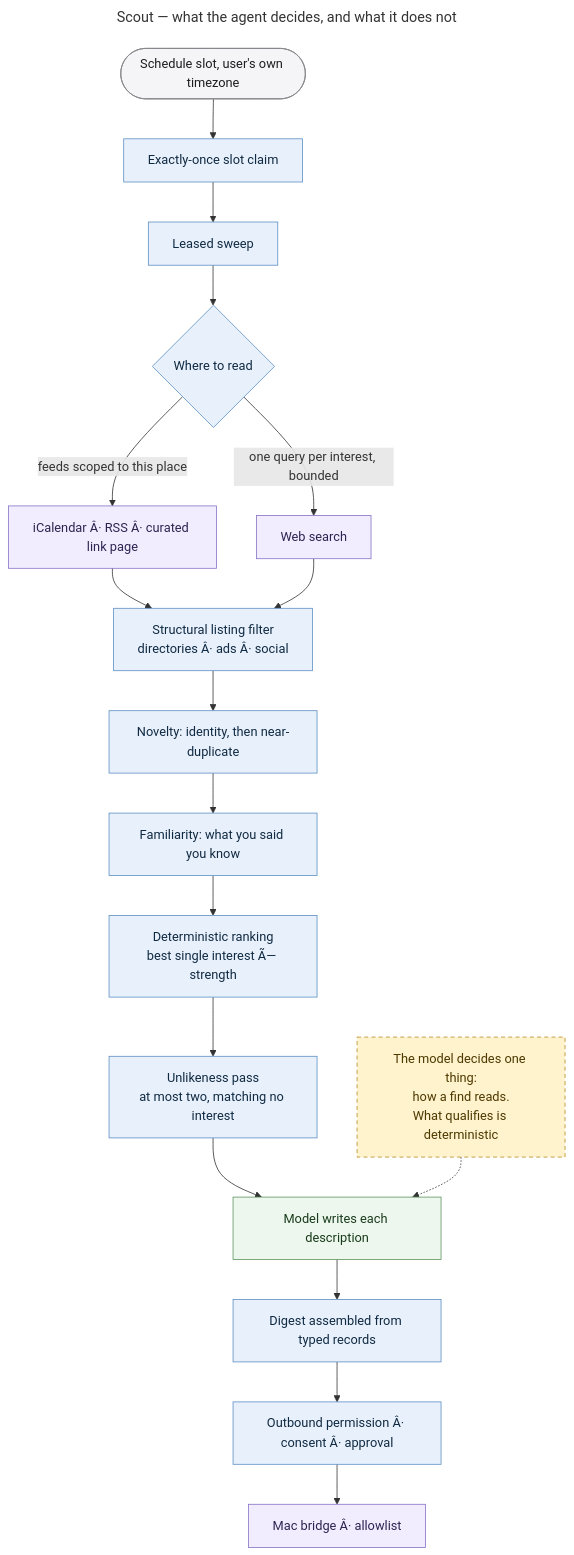
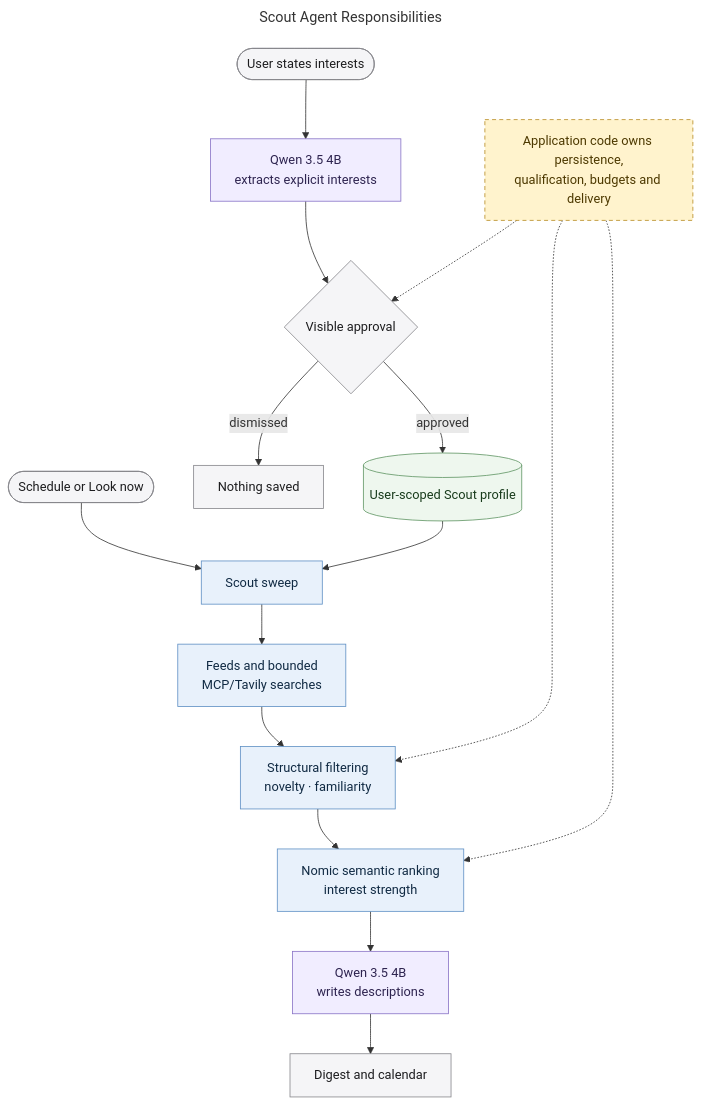
Before and after one commit to MallyaAni/PersonalAssistant: the diagram in docs/diagrams/agent-scout.mmd, drawn with Mermaid. The commit also changed 48 other files, not shown here.

First line of the commit message:
feat: connect semantic interests to Scout

```diff
--- a/docs/diagrams/agent-scout.mmd
+++ b/docs/diagrams/agent-scout.mmd
@@ -1,36 +1,32 @@
 ---
-title: Scout — what the agent decides, and what it does not
+title: Scout Agent Responsibilities
 ---
 flowchart TB
-    Clock([Schedule slot, user's own timezone]) --> Producer[Exactly-once slot claim]
-    Producer --> Sweep[Leased sweep]
+    Statement([User states interests]) --> Extract[Qwen 3.5 4B<br/>extracts explicit interests]
+    Extract --> Review{Visible approval}
+    Review -->|approved| Profile[(User-scoped Scout profile)]
+    Review -->|dismissed| NoWrite[Nothing saved]
 
-    Sweep --> Read{Where to read}
-    Read -->|feeds scoped to this place| Feeds[iCalendar Â· RSS Â· curated link page]
-    Read -->|one query per interest, bounded| Web[Web search]
+    Trigger([Schedule or Look now]) --> Sweep[Scout sweep]
+    Profile --> Sweep
+    Sweep --> Sources[Feeds and bounded<br/>MCP/Tavily searches]
+    Sources --> Safety[Structural filtering<br/>novelty · familiarity]
+    Safety --> Ranking[Nomic semantic ranking<br/>interest strength]
+    Ranking --> Description[Qwen 3.5 4B<br/>writes descriptions]
+    Description --> Digest[Digest and calendar]
 
-    Feeds --> Filter[Structural listing filter<br/>directories Â· ads Â· social]
-    Web --> Filter
-    Filter --> Novel[Novelty: identity, then near-duplicate]
-    Novel --> Known[Familiarity: what you said you know]
-    Known --> Rank[Deterministic ranking<br/>best single interest Ã— strength]
-    Rank --> Unusual[Unlikeness pass<br/>at most two, matching no interest]
-
-    Unusual --> Write[Model writes each description]
-    Write --> Digest[Digest assembled from typed records]
-    Digest --> Egress[Outbound permission Â· consent Â· approval]
-    Egress --> Bridge[Mac bridge Â· allowlist]
-
-    Decides[The model decides one thing:<br/>how a find reads.<br/>What qualifies is deterministic]
-    Decides -.-> Write
+    Rule[Application code owns persistence,<br/>qualification, budgets and delivery]
+    Rule -.-> Review
+    Rule -.-> Safety
+    Rule -.-> Ranking
 
     classDef interface fill:#f5f5f7,stroke:#86868b,color:#1d1d1f;
     classDef application fill:#e8f1fb,stroke:#5e8fc4,color:#102a43;
     classDef data fill:#eef7ee,stroke:#5f9562,color:#183b1b;
-    classDef external fill:#f1edff,stroke:#8872c6,color:#2e2450;
+    classDef model fill:#f1edff,stroke:#8872c6,color:#2e2450;
     classDef warning fill:#fff3cd,stroke:#b78b20,color:#4d3900,stroke-dasharray:5 4;
-    class Clock interface;
-    class Producer,Sweep,Read,Filter,Novel,Known,Rank,Unusual,Digest,Egress application;
-    class Feeds,Web,Bridge external;
-    class Write data;
-    class Decides warning;
+    class Statement,Review,NoWrite,Trigger,Digest interface;
+    class Sweep,Sources,Safety,Ranking application;
+    class Profile data;
+    class Extract,Description model;
+    class Rule warning;
```
